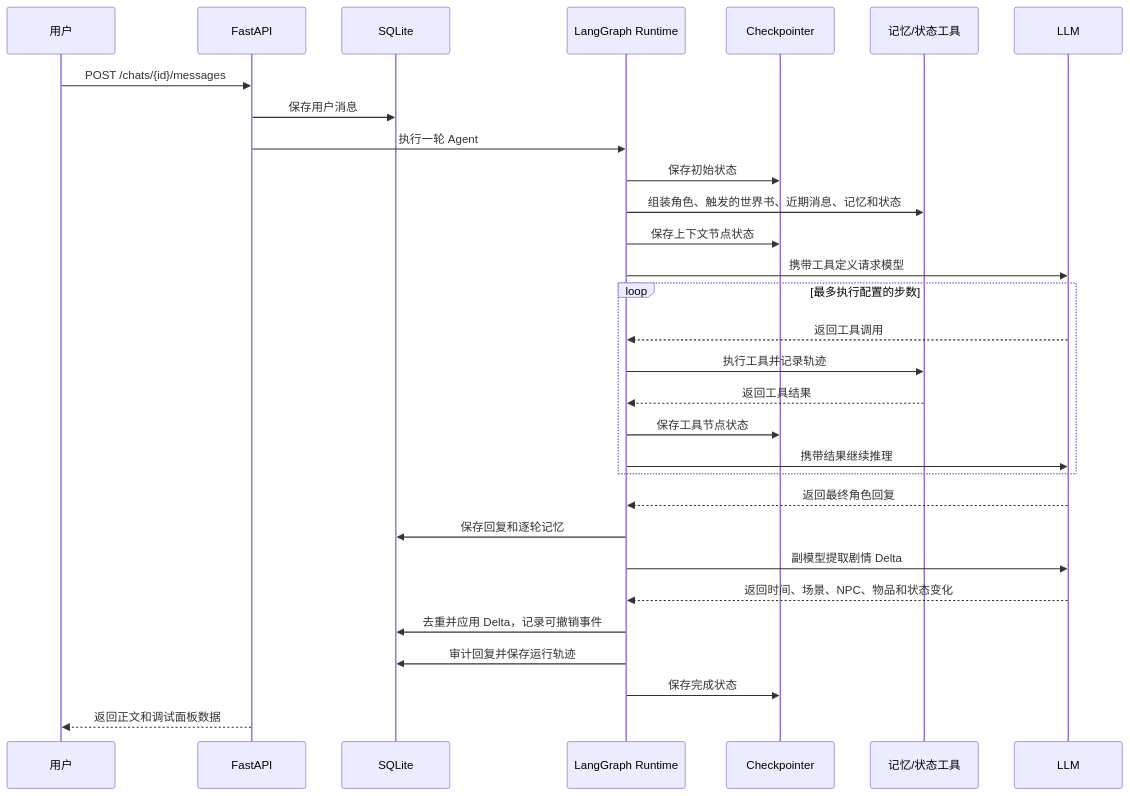
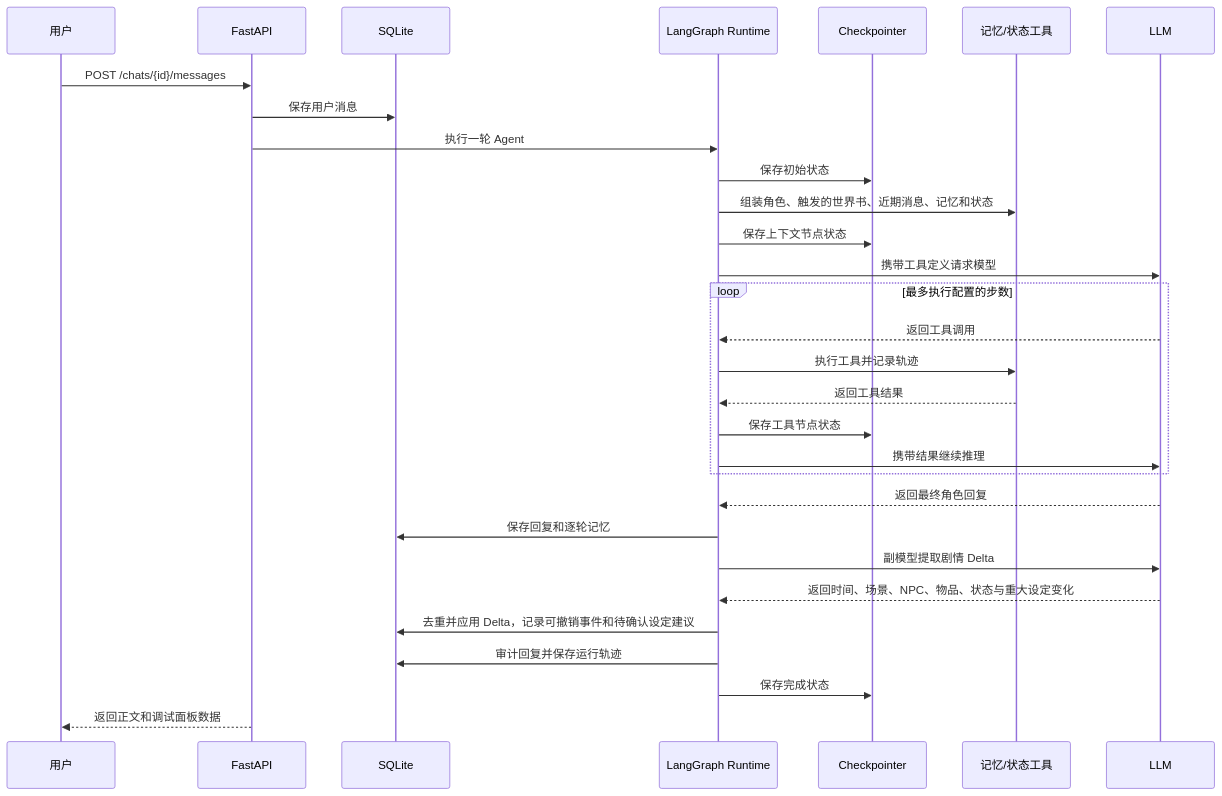
Before and after one commit to maximilian-2778/saraswati-agent: the second of 2 diagrams in docs/ARCHITECTURE.md, drawn with Mermaid. The commit also changed other lines of this file and 51 other files, not shown here.

````diff
--- a/docs/ARCHITECTURE.md
+++ b/docs/ARCHITECTURE.md
@@ -62,33 +62,33 @@
 ```mermaid
 sequenceDiagram
     participant U as 用户
     participant A as FastAPI
     participant D as SQLite
     participant R as LangGraph Runtime
     participant C as Checkpointer
     participant M as 记忆/状态工具
     participant L as LLM
 
     U->>A: POST /chats/{id}/messages
     A->>D: 保存用户消息
     A->>R: 执行一轮 Agent
     R->>C: 保存初始状态
     R->>M: 组装角色、触发的世界书、近期消息、记忆和状态
     R->>C: 保存上下文节点状态
     R->>L: 携带工具定义请求模型
     loop 最多执行配置的步数
         L-->>R: 返回工具调用
         R->>M: 执行工具并记录轨迹
         M-->>R: 返回工具结果
         R->>C: 保存工具节点状态
         R->>L: 携带结果继续推理
     end
     L-->>R: 返回最终角色回复
     R->>D: 保存回复和逐轮记忆
     R->>L: 副模型提取剧情 Delta
-    L-->>R: 返回时间、场景、NPC、物品和状态变化
-    R->>D: 去重并应用 Delta，记录可撤销事件
+    L-->>R: 返回时间、场景、NPC、物品、状态与重大设定变化
+    R->>D: 去重并应用 Delta，记录可撤销事件和待确认设定建议
     R->>D: 审计回复并保存运行轨迹
     R->>C: 保存完成状态
     A-->>U: 返回正文和调试面板数据
 ```
````
